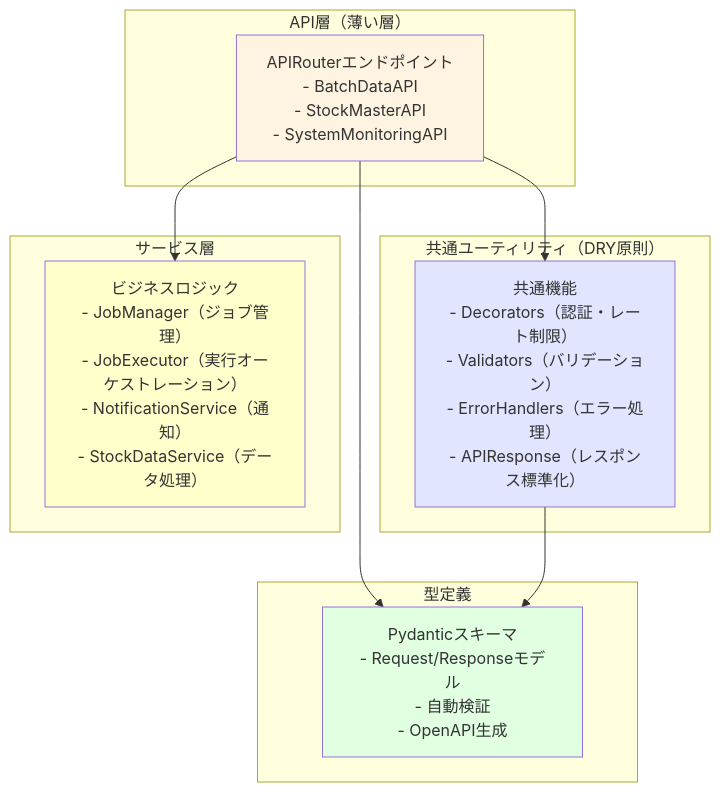
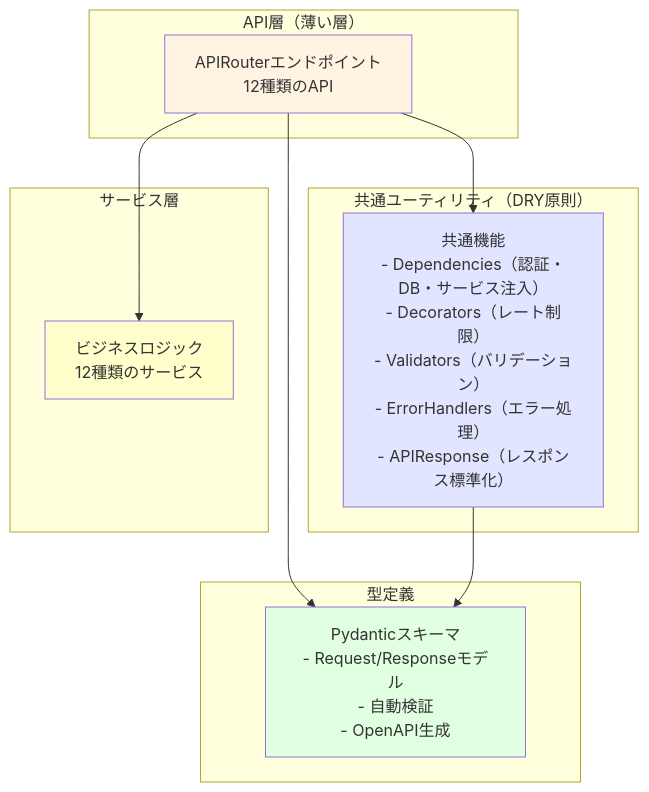
The second of 9 diagrams in docs/architecture/layers/api_layer.md (TIMMY-WEST/STOCK-INVESTMENT-ANALYZER), drawn with Mermaid before and after one commit. The commit also changed other lines of this file and 1 other file, not shown here.

````diff
--- a/docs/architecture/layers/api_layer.md
+++ b/docs/architecture/layers/api_layer.md
@@ -182,28 +233,28 @@
 ```mermaid
 graph TB
     subgraph "API層（薄い層）"
-        API[APIRouterエンドポイント<br/>- BatchDataAPI<br/>- StockMasterAPI<br/>- SystemMonitoringAPI]
+        API[APIRouterエンドポイント<br/>12種類のAPI]
     end
 
     subgraph "共通ユーティリティ（DRY原則）"
-        Utils[共通機能<br/>- Decorators（認証・レート制限）<br/>- Validators（バリデーション）<br/>- ErrorHandlers（エラー処理）<br/>- APIResponse（レスポンス標準化）]
+        Utils[共通機能<br/>- Dependencies（認証・DB・サービス注入）<br/>- Decorators（レート制限）<br/>- Validators（バリデーション）<br/>- ErrorHandlers（エラー処理）<br/>- APIResponse（レスポンス標準化）]
     end
 
     subgraph "型定義"
         Schemas[Pydanticスキーマ<br/>- Request/Responseモデル<br/>- 自動検証<br/>- OpenAPI生成]
     end
 
     subgraph "サービス層"
-        Services[ビジネスロジック<br/>- JobManager（ジョブ管理）<br/>- JobExecutor（実行オーケストレーション）<br/>- NotificationService（通知）<br/>- StockDataService（データ処理）]
+        Services[ビジネスロジック<br/>12種類のサービス]
     end
 
     API --> Utils
     API --> Schemas
     API --> Services
     Utils --> Schemas
 
     style API fill:#fff4e1
     style Utils fill:#e1e5ff
     style Schemas fill:#e1ffe1
     style Services fill:#ffffcc
 ```
````
